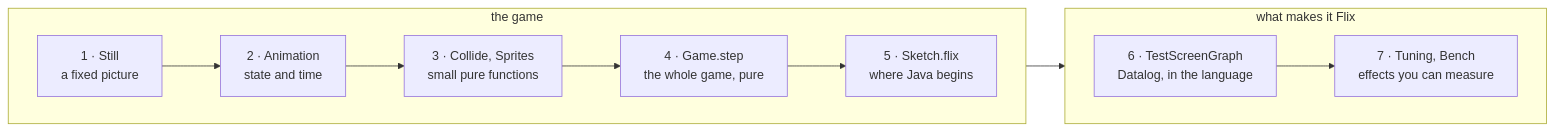
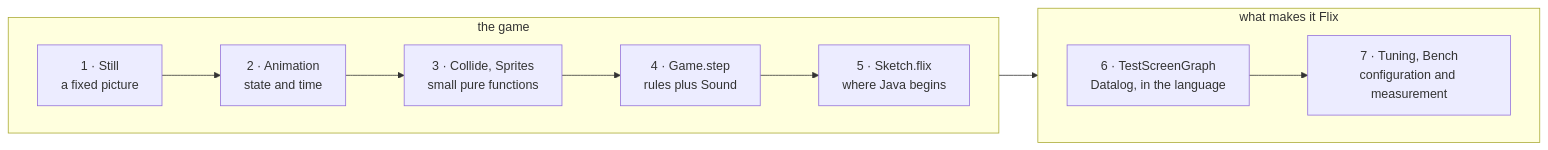
The first of 6 diagrams in README.md (wstein/flix-invaders), drawn with Mermaid before and after one commit. The commit also changed other lines of this file and 3 other files, not shown here.

````diff
--- a/README.md
+++ b/README.md
@@ -83,15 +83,15 @@
 ```mermaid
 flowchart LR
     subgraph build["the game"]
         direction LR
         A["1 · Still<br>a fixed picture"] --> B["2 · Animation<br>state and time"]
         B --> C["3 · Collide, Sprites<br>small pure functions"]
-        C --> D["4 · Game.step<br>the whole game, pure"]
+        C --> D["4 · Game.step<br>rules plus Sound"]
         D --> E["5 · Sketch.flix<br>where Java begins"]
     end
     subgraph flix["what makes it Flix"]
         direction LR
-        F["6 · TestScreenGraph<br>Datalog, in the language"] --> G["7 · Tuning, Bench<br>effects you can measure"]
+        F["6 · TestScreenGraph<br>Datalog, in the language"] --> G["7 · Tuning, Bench<br>configuration and measurement"]
     end
     E --> F
 ```
````
